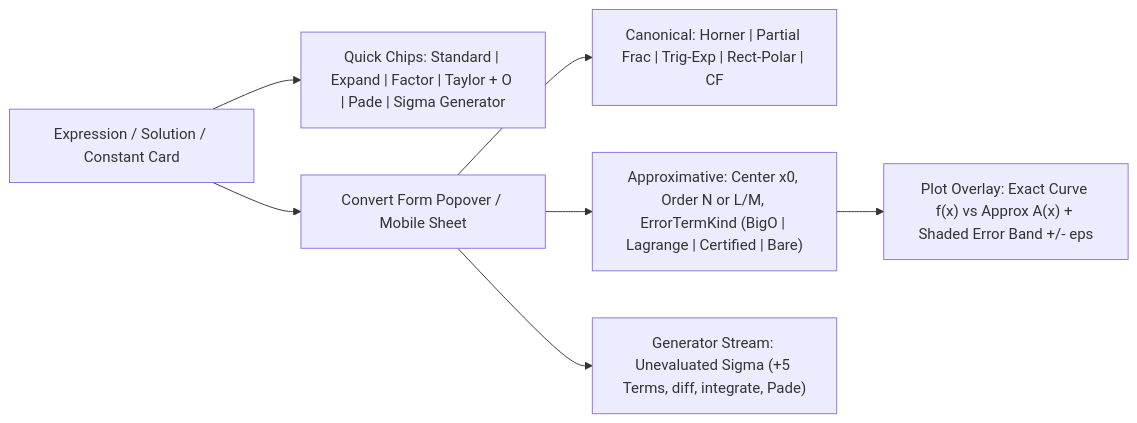
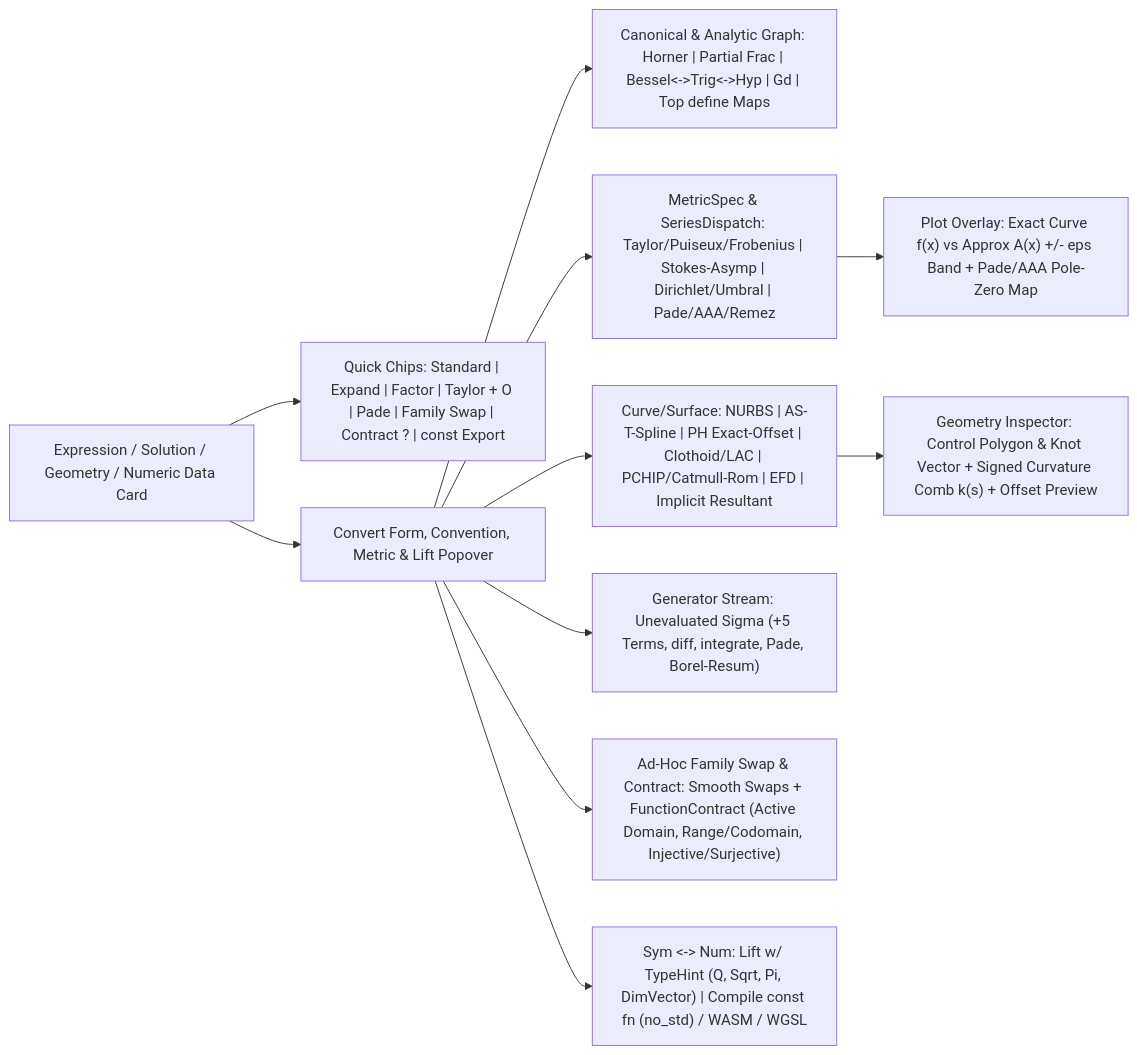
Before and after one commit to Flaming-Chicken/algebra-engine: the fourth of 6 diagrams in docs/GUI_DESIGN_PLAN.md, drawn with Mermaid. The commit also changed other lines of this file and 3 other files, not shown here.

First line of the commit message:
docs: reconcile the audit extension, the architecture plan and the ledger; restate priorities

````diff
--- a/docs/GUI_DESIGN_PLAN.md
+++ b/docs/GUI_DESIGN_PLAN.md
@@ -418,9 +444,13 @@
 ```mermaid
 flowchart LR
-    Pod["Expression / Solution / Constant Card"] --> Chips["Quick Chips: Standard | Expand | Factor | Taylor + O | Pade | Sigma Generator"]
-    Pod --> Pop["Convert Form Popover / Mobile Sheet"]
-    Pop --> C1["Canonical: Horner | Partial Frac | Trig-Exp | Rect-Polar | CF"]
-    Pop --> C2["Approximative: Center x0, Order N or L/M, ErrorTermKind (BigO | Lagrange | Certified | Bare)"]
-    Pop --> C3["Generator Stream: Unevaluated Sigma (+5 Terms, diff, integrate, Pade)"]
-    C2 --> Plot["Plot Overlay: Exact Curve f(x) vs Approx A(x) + Shaded Error Band +/- eps"]
+    Pod["Expression / Solution / Geometry / Numeric Data Card"] --> Chips["Quick Chips: Standard | Expand | Factor | Taylor + O | Pade | Family Swap | Contract ? | const Export"]
+    Pod --> Pop["Convert Form, Convention, Metric & Lift Popover"]
+    Pop --> C1["Canonical & Analytic Graph: Horner | Partial Frac | Bessel<->Trig<->Hyp | Gd | Top define Maps"]
+    Pop --> C2["MetricSpec & SeriesDispatch: Taylor/Puiseux/Frobenius | Stokes-Asymp | Dirichlet/Umbral | Pade/AAA/Remez"]
+    Pop --> C3["Curve/Surface: NURBS | AS-T-Spline | PH Exact-Offset | Clothoid/LAC | PCHIP/Catmull-Rom | EFD | Implicit Resultant"]
+    Pop --> C4["Generator Stream: Unevaluated Sigma (+5 Terms, diff, integrate, Pade, Borel-Resum)"]
+    Pop --> C5["Ad-Hoc Family Swap & Contract: Smooth Swaps + FunctionContract (Active Domain, Range/Codomain, Injective/Surjective)"]
+    Pop --> C6["Sym <-> Num: Lift w/ TypeHint (Q, Sqrt, Pi, DimVector) | Compile const fn (no_std) / WASM / WGSL"]
+    C2 --> Plot["Plot Overlay: Exact Curve f(x) vs Approx A(x) +/- eps Band + Pade/AAA Pole-Zero Map"]
+    C3 --> CadPlot["Geometry Inspector: Control Polygon & Knot Vector + Signed Curvature Comb k(s) + Offset Preview"]
 ```
````
